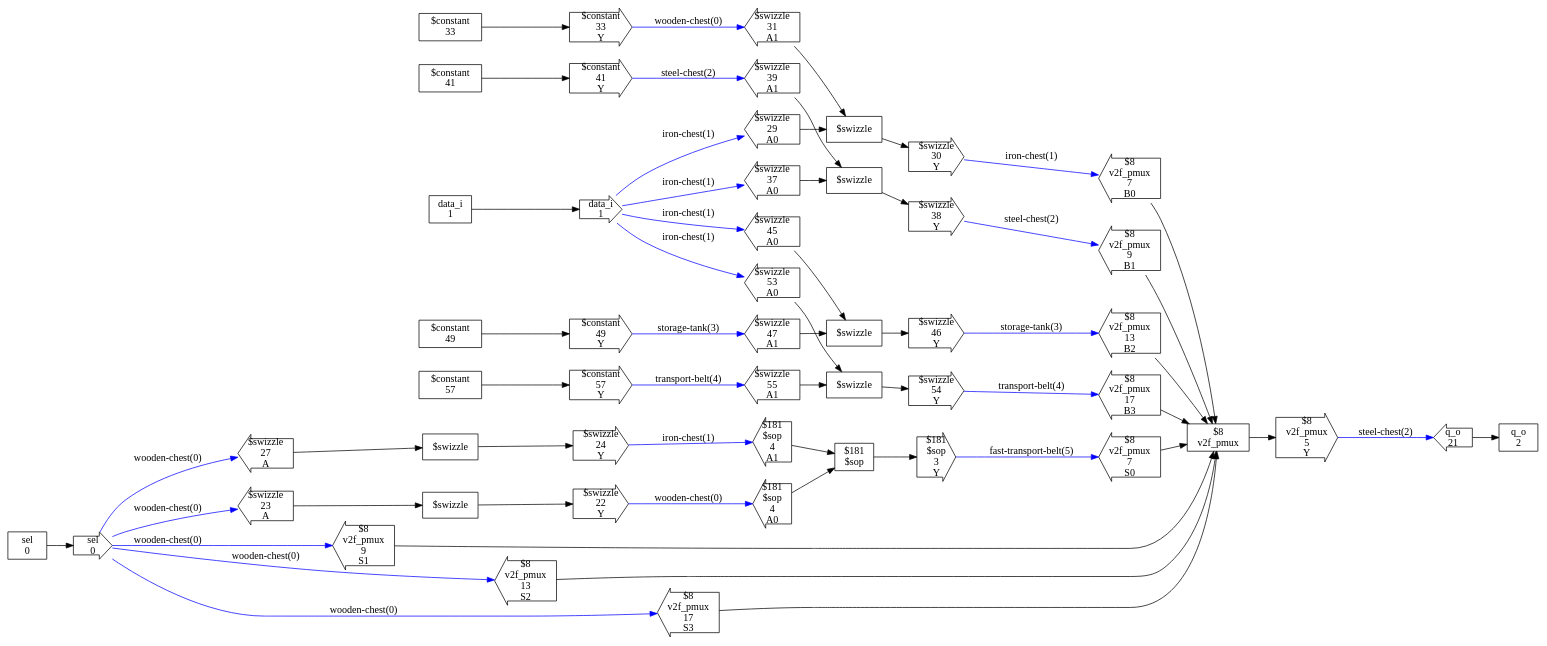
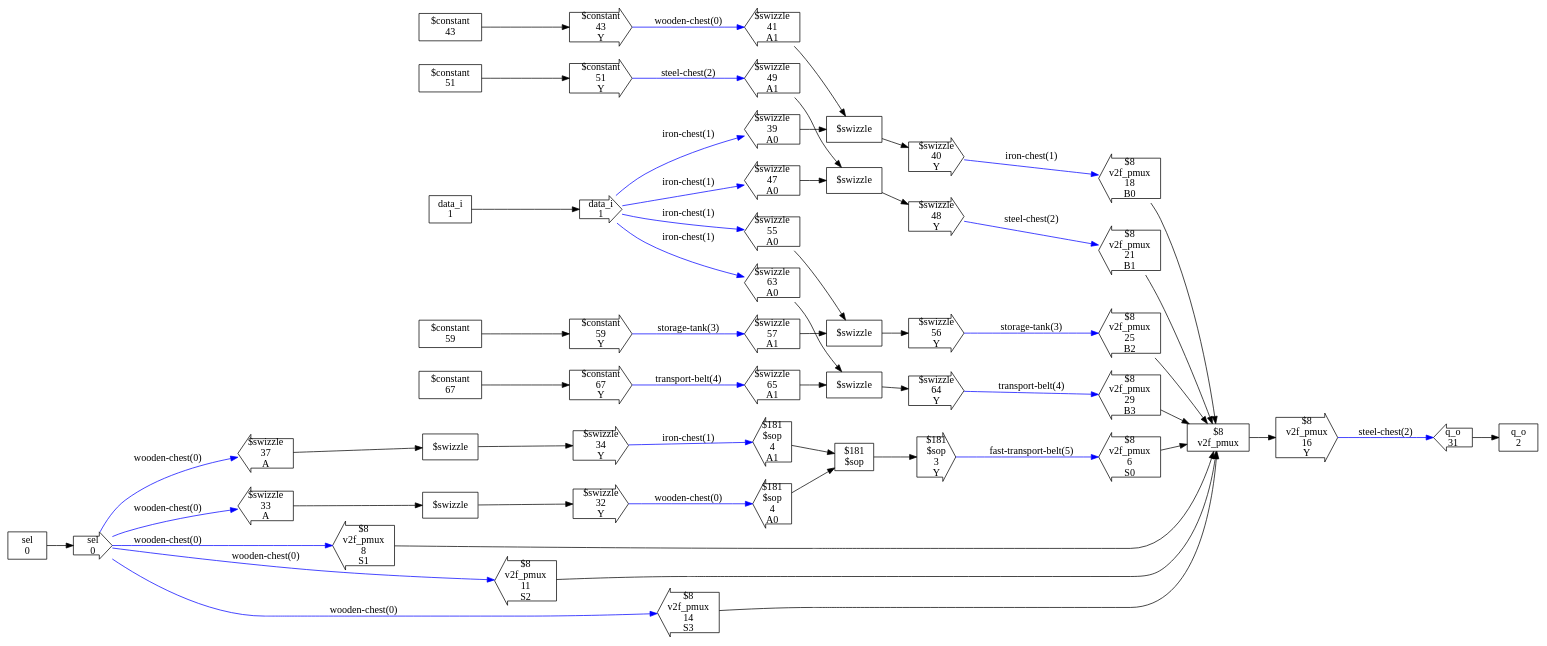
Before and after one commit to ben-j-c/verilog2factorio: the diagram in test_designs/swizzle_pmux/checked_design.dot, drawn with Graphviz. The commit also changed 28 other files, not shown here.

```diff
--- a/test_designs/swizzle_pmux/checked_design.dot
+++ b/test_designs/swizzle_pmux/checked_design.dot
@@ -1,197 +1,197 @@
 digraph CheckedDesign {
   rankdir=LR
   n0[shape=box,label="sel
 0"]
   n1[shape=box,label="data_i
 1"]
   n2[shape=box,label="q_o
 2"]
   n4[shape=box,label="$181
 $sop"]
   n7[shape=box,label="$8
 v2f_pmux"]
   n8[shape=rarrow,label="sel
 0"]
   n9[shape=rarrow,label="data_i
 1"]
   n10[shape=larrow,label="q_o
-21"]
+31"]
   n14[shape=larrow,label="$181
 $sop
 4
 A0"]
   n15[shape=larrow,label="$181
 $sop
 4
 A1"]
   n16[shape=rarrow,label="$181
 $sop
 3
 Y"]
   n23[shape=larrow,label="$8
 v2f_pmux
-7
+18
 B0"]
   n24[shape=larrow,label="$8
 v2f_pmux
-9
+21
 B1"]
   n25[shape=larrow,label="$8
 v2f_pmux
-13
+25
 B2"]
   n26[shape=larrow,label="$8
 v2f_pmux
-17
+29
 B3"]
   n27[shape=larrow,label="$8
 v2f_pmux
-7
+6
 S0"]
   n28[shape=larrow,label="$8
 v2f_pmux
-9
+8
 S1"]
   n29[shape=larrow,label="$8
 v2f_pmux
-13
+11
 S2"]
   n30[shape=larrow,label="$8
 v2f_pmux
-17
+14
 S3"]
   n31[shape=rarrow,label="$8
 v2f_pmux
-5
+16
 Y"]
   n34[shape=box,label="$swizzle"]
   n35[shape=rarrow,label="$swizzle
-22
+32
 Y"]
   n36[shape=larrow,label="$swizzle
-23
+33
 A"]
   n37[shape=box,label="$swizzle"]
   n38[shape=rarrow,label="$swizzle
-24
+34
 Y"]
   n39[shape=larrow,label="$swizzle
-27
+37
 A"]
   n44[shape=box,label="$swizzle"]
   n45[shape=rarrow,label="$swizzle
-30
+40
 Y"]
   n46[shape=larrow,label="$swizzle
-29
+39
 A0"]
   n47[shape=larrow,label="$swizzle
-31
+41
 A1"]
   n48[shape=box,label="$constant
-33"]
+43"]
   n49[shape=rarrow,label="$constant
-33
+43
 Y"]
   n50[shape=box,label="$swizzle"]
   n51[shape=rarrow,label="$swizzle
-38
+48
 Y"]
   n52[shape=larrow,label="$swizzle
-37
+47
 A0"]
   n53[shape=larrow,label="$swizzle
-39
+49
 A1"]
   n54[shape=box,label="$constant
-41"]
+51"]
   n55[shape=rarrow,label="$constant
-41
+51
 Y"]
   n56[shape=box,label="$swizzle"]
   n57[shape=rarrow,label="$swizzle
-46
+56
 Y"]
   n58[shape=larrow,label="$swizzle
-45
+55
 A0"]
   n59[shape=larrow,label="$swizzle
-47
+57
 A1"]
   n60[shape=box,label="$constant
-49"]
+59"]
   n61[shape=rarrow,label="$constant
-49
+59
 Y"]
   n62[shape=box,label="$swizzle"]
   n63[shape=rarrow,label="$swizzle
-54
+64
 Y"]
   n64[shape=larrow,label="$swizzle
-53
+63
 A0"]
   n65[shape=larrow,label="$swizzle
-55
+65
 A1"]
   n66[shape=box,label="$constant
-57"]
+67"]
   n67[shape=rarrow,label="$constant
-57
+67
 Y"]
   n0 -> n8
   n1 -> n9
   n4 -> n16
   n7 -> n31
   n8 -> n36 [label="wooden-chest(0)",syle=bold,color=blue]
   n8 -> n39 [label="wooden-chest(0)",syle=bold,color=blue]
   n8 -> n28 [label="wooden-chest(0)",syle=bold,color=blue]
   n8 -> n29 [label="wooden-chest(0)",syle=bold,color=blue]
   n8 -> n30 [label="wooden-chest(0)",syle=bold,color=blue]
   n9 -> n46 [label="iron-chest(1)",syle=bold,color=blue]
   n9 -> n52 [label="iron-chest(1)",syle=bold,color=blue]
   n9 -> n58 [label="iron-chest(1)",syle=bold,color=blue]
   n9 -> n64 [label="iron-chest(1)",syle=bold,color=blue]
   n10 -> n2
   n14 -> n4
   n15 -> n4
   n16 -> n27 [label="fast-transport-belt(5)",syle=bold,color=blue]
   n23 -> n7
   n24 -> n7
   n25 -> n7
   n26 -> n7
   n27 -> n7
   n28 -> n7
   n29 -> n7
   n30 -> n7
   n31 -> n10 [label="steel-chest(2)",syle=bold,color=blue]
   n34 -> n35
   n35 -> n14 [label="wooden-chest(0)",syle=bold,color=blue]
   n36 -> n34
   n37 -> n38
   n38 -> n15 [label="iron-chest(1)",syle=bold,color=blue]
   n39 -> n37
   n44 -> n45
   n45 -> n23 [label="iron-chest(1)",syle=bold,color=blue]
   n46 -> n44
   n47 -> n44
   n48 -> n49
   n49 -> n47 [label="wooden-chest(0)",syle=bold,color=blue]
   n50 -> n51
   n51 -> n24 [label="steel-chest(2)",syle=bold,color=blue]
   n52 -> n50
   n53 -> n50
   n54 -> n55
   n55 -> n53 [label="steel-chest(2)",syle=bold,color=blue]
   n56 -> n57
   n57 -> n25 [label="storage-tank(3)",syle=bold,color=blue]
   n58 -> n56
   n59 -> n56
   n60 -> n61
   n61 -> n59 [label="storage-tank(3)",syle=bold,color=blue]
   n62 -> n63
   n63 -> n26 [label="transport-belt(4)",syle=bold,color=blue]
   n64 -> n62
   n65 -> n62
   n66 -> n67
   n67 -> n65 [label="transport-belt(4)",syle=bold,color=blue]
 }
```
